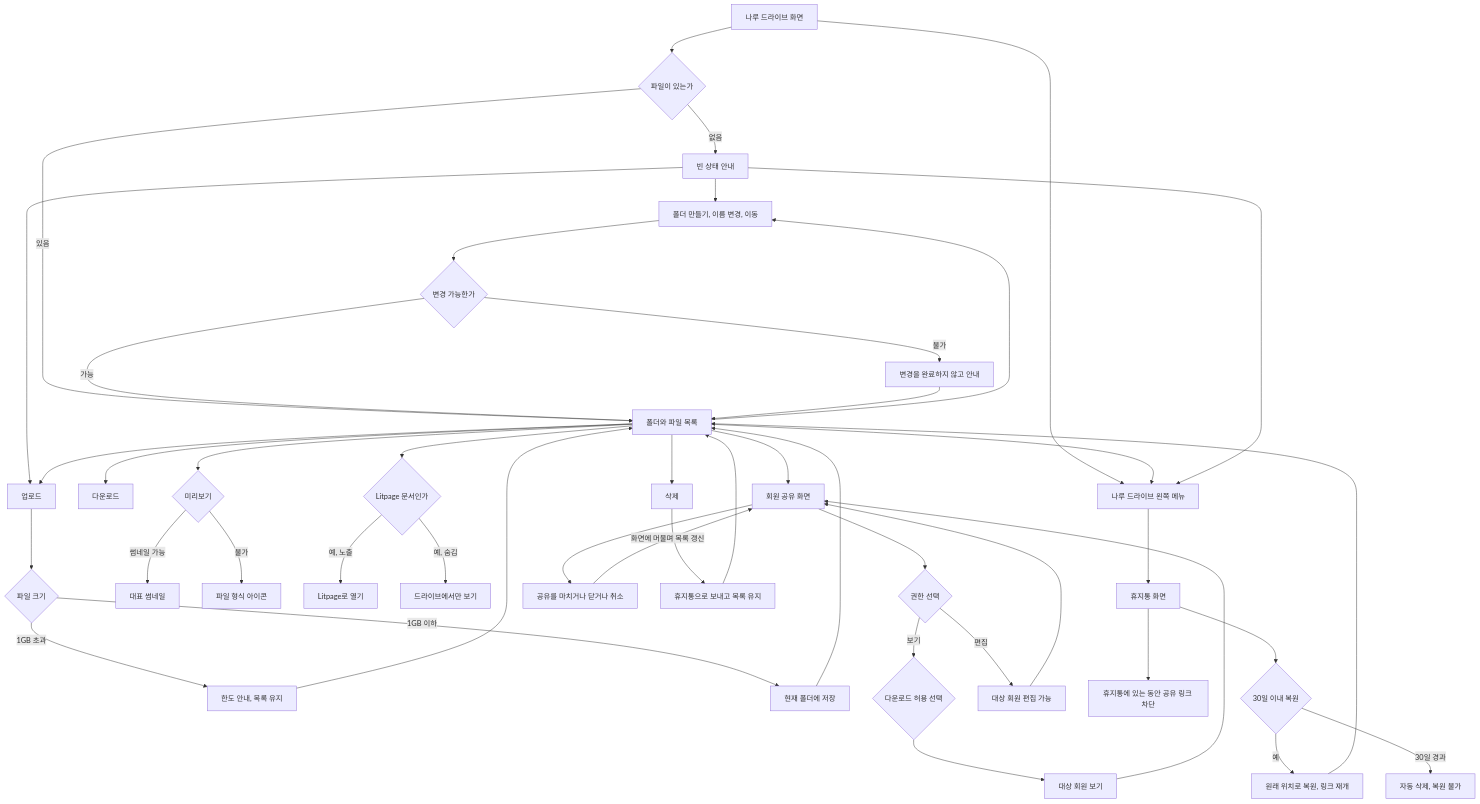
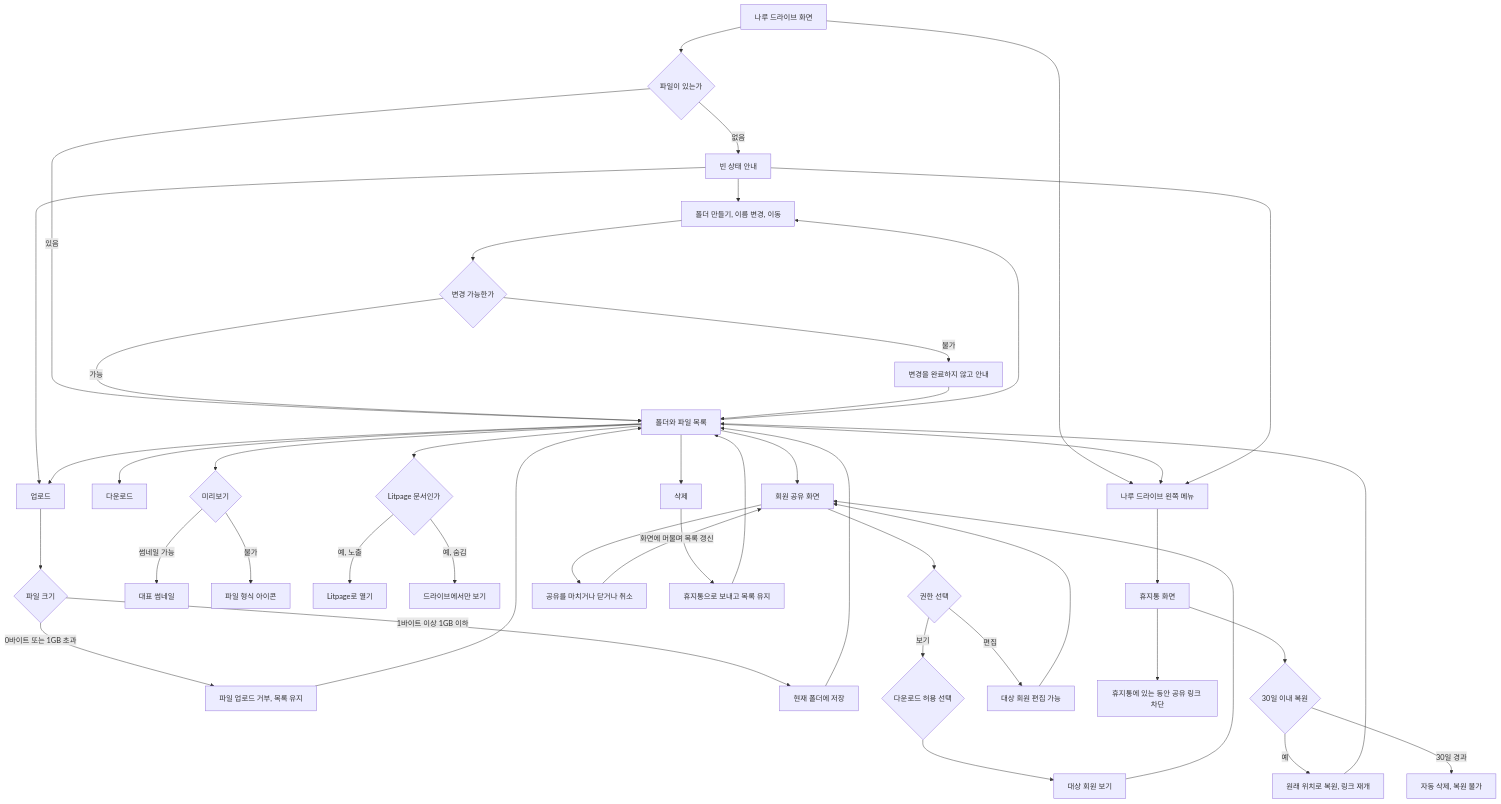
The third of 7 diagrams in docs/01-planning/user-flow/UF.md (HoBaeBang/naruworks-platform), drawn with Mermaid before and after one commit. The commit also changed other lines of this file and 25 other files, not shown here.

````diff
--- a/docs/01-planning/user-flow/UF.md
+++ b/docs/01-planning/user-flow/UF.md
@@ -176,47 +180,47 @@
 ```mermaid
 flowchart TD
   enter["나루 드라이브 화면"] --> empty{"파일이 있는가"}
   empty -->|"없음"| emptyState["빈 상태 안내"]
   empty -->|"있음"| list["폴더와 파일 목록"]
   emptyState --> folderAct["폴더 만들기, 이름 변경, 이동"]
   list --> folderAct
   folderAct --> folderCheck{"변경 가능한가"}
   folderCheck -->|"가능"| list
   folderCheck -->|"불가"| folderFail["변경을 완료하지 않고 안내"]
   folderFail --> list
   emptyState --> upload["업로드"]
   list --> upload
   upload --> size{"파일 크기"}
-  size -->|"1GB 초과"| reject["한도 안내, 목록 유지"]
+  size -->|"0바이트 또는 1GB 초과"| reject["파일 업로드 거부, 목록 유지"]
   reject --> list
-  size -->|"1GB 이하"| stored["현재 폴더에 저장"]
+  size -->|"1바이트 이상 1GB 이하"| stored["현재 폴더에 저장"]
   stored --> list
   list --> download["다운로드"]
   list --> preview{"미리보기"}
   preview -->|"썸네일 가능"| thumb["대표 썸네일"]
   preview -->|"불가"| icon["파일 형식 아이콘"]
   list --> openDoc{"Litpage 문서인가"}
   openDoc -->|"예, 노출"| litpage["Litpage로 열기"]
   openDoc -->|"예, 숨김"| stay["드라이브에서만 보기"]
   list --> share["회원 공유 화면"]
   share --> perm{"권한 선택"}
   perm -->|"보기"| dl{"다운로드 허용 선택"}
   perm -->|"편집"| memberEdit["대상 회원 편집 가능"]
   dl --> memberView["대상 회원 보기"]
   memberView --> share
   memberEdit --> share
   share --> closeShare["공유를 마치거나 닫거나 취소"]
   closeShare -->|"화면에 머물며 목록 갱신"| share
   list --> del["삭제"]
   del --> moved["휴지통으로 보내고 목록 유지"]
   moved --> list
   enter --> leftNav["나루 드라이브 왼쪽 메뉴"]
   list --> leftNav
   emptyState --> leftNav
   leftNav --> trash["휴지통 화면"]
   trash --> linkHold["휴지통에 있는 동안 공유 링크 차단"]
   trash --> restore{"30일 이내 복원"}
   restore -->|"예"| back["원래 위치로 복원, 링크 재개"]
   back --> list
   restore -->|"30일 경과"| gone["자동 삭제, 복원 불가"]
 ```
````
